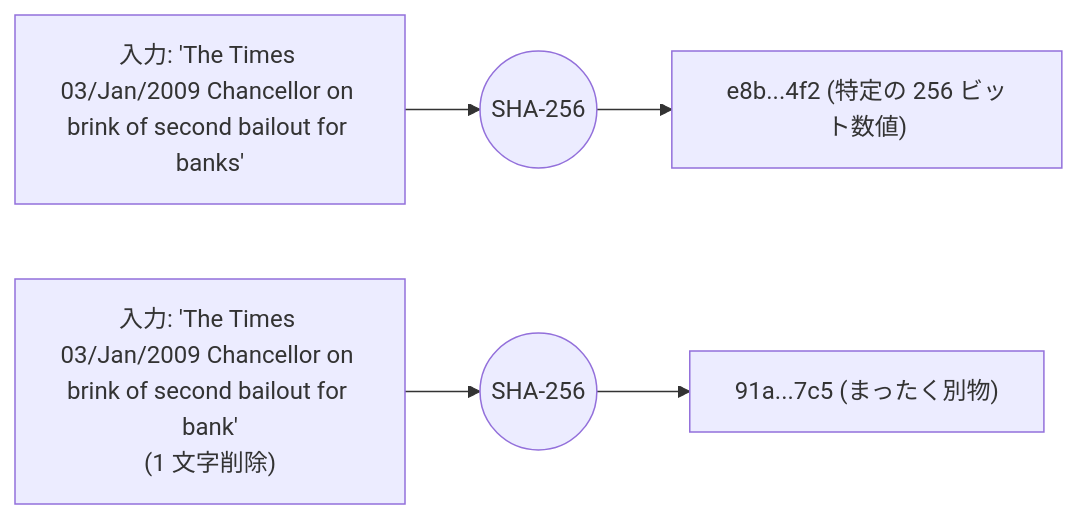
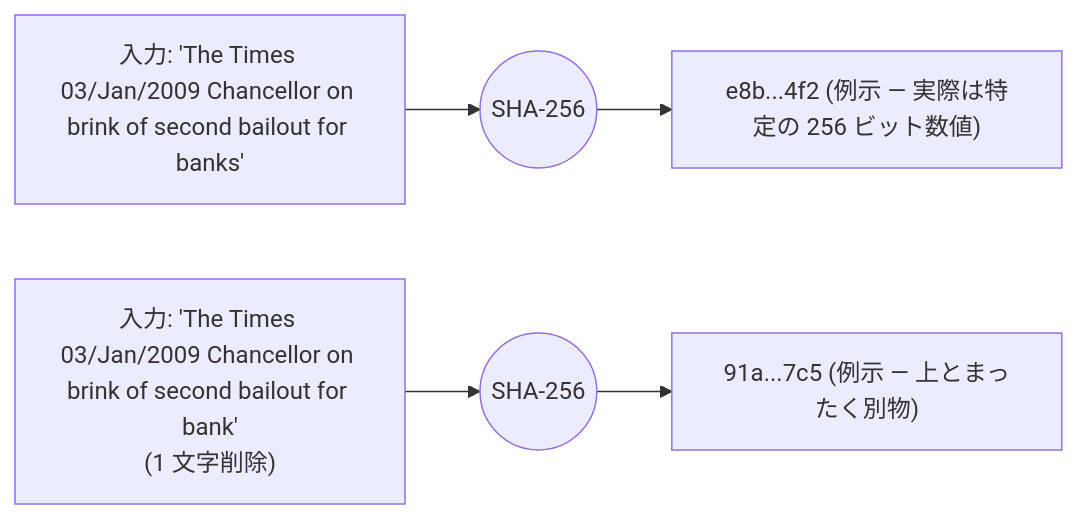
One commit to cypher256/BitcoinArchive changed the fourth of 11 diagrams in src/data/translations/ja/analysis/2026-05-23-how-bitcoin-works-visual-glossary.md. Above: the diagram before and after it, drawn with Mermaid. The commit also changed other lines of this file and 3 other files, not shown here.

````diff
--- a/src/data/translations/ja/analysis/2026-05-23-how-bitcoin-works-visual-glossary.md
+++ b/src/data/translations/ja/analysis/2026-05-23-how-bitcoin-works-visual-glossary.md
@@ -189,7 +189,7 @@
 ```mermaid
 flowchart LR
   IN1["入力: 'The Times 03/Jan/2009 Chancellor on brink of second bailout for banks'"] --> HF((SHA-256))
-  HF --> H1["e8b...4f2 (特定の 256 ビット数値)"]
+  HF --> H1["e8b...4f2 (例示 ― 実際は特定の 256 ビット数値)"]
   IN2["入力: 'The Times 03/Jan/2009 Chancellor on brink of second bailout for bank'<br/>(1 文字削除)"] --> HF2((SHA-256))
-  HF2 --> H2["91a...7c5 (まったく別物)"]
+  HF2 --> H2["91a...7c5 (例示 ― 上とまったく別物)"]
 ```
````
